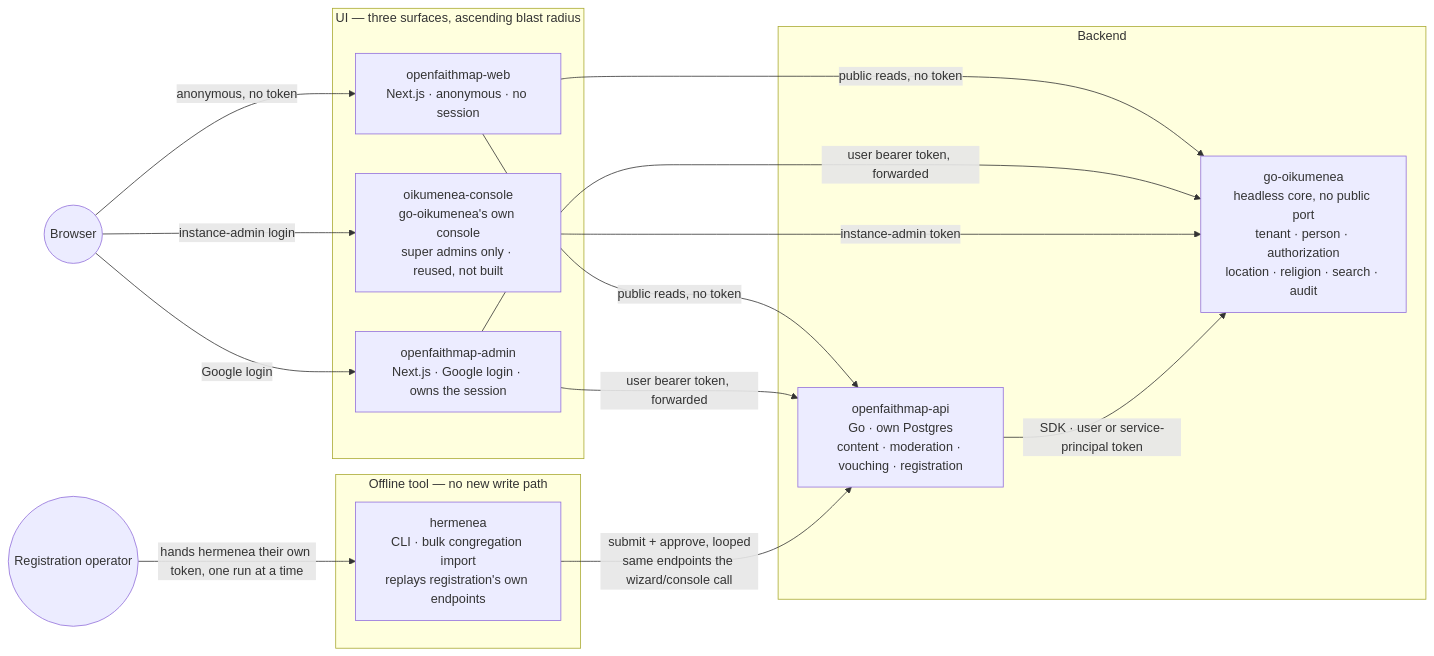
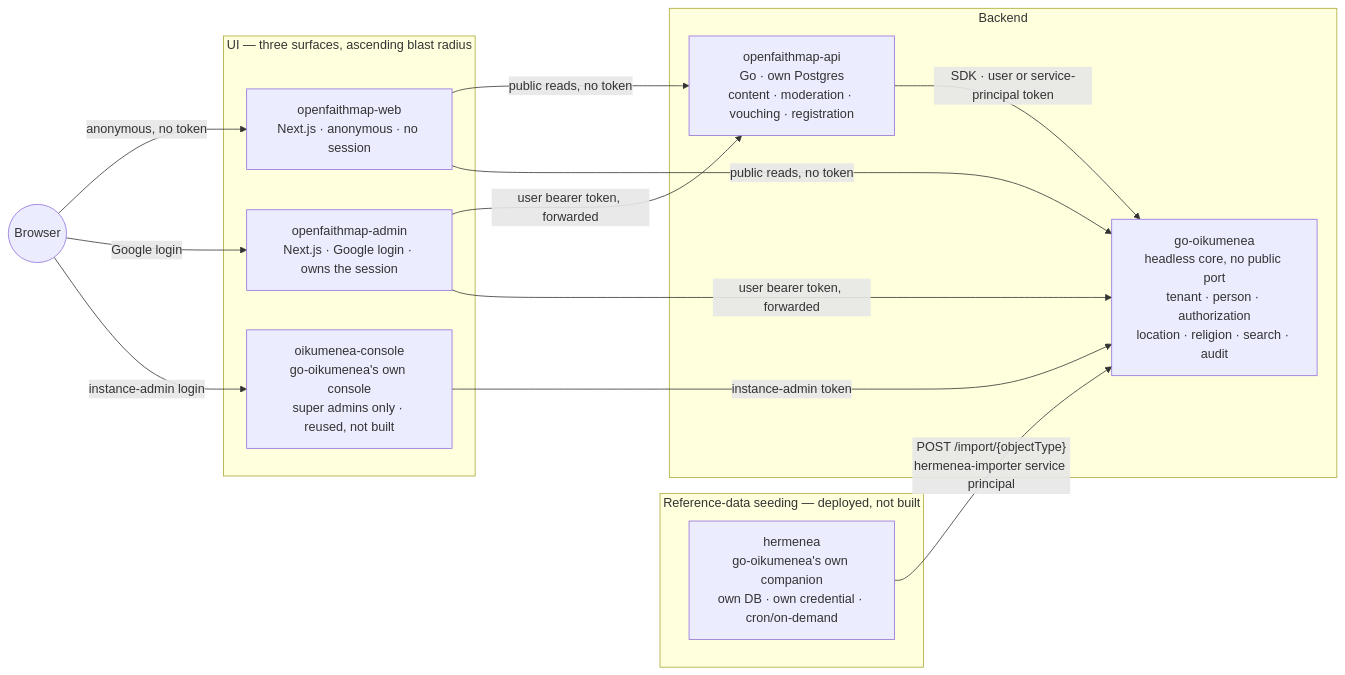
One commit to olehmushka/open-faith-map changed the diagram in docs/architecture/overview.md. Above: the diagram before and after it, drawn with Mermaid. The commit also changed other lines of this file and 8 other files, not shown here.

````diff
--- a/docs/architecture/overview.md
+++ b/docs/architecture/overview.md
@@ -11,32 +11,30 @@
 ```mermaid
 flowchart LR
     browser(("Browser"))
-    operator(("Registration operator"))
 
     subgraph ui["UI — three surfaces, ascending blast radius"]
         web["openfaithmap-web\nNext.js · anonymous · no session"]
         admin["openfaithmap-admin\nNext.js · Google login · owns the session"]
         console["oikumenea-console\ngo-oikumenea's own console\nsuper admins only · reused, not built"]
     end
 
-    subgraph tools["Offline tool — no new write path"]
-        hermenea["hermenea\nCLI · bulk congregation import\nreplays registration's own endpoints"]
+    subgraph reference["Reference-data seeding — deployed, not built"]
+        hermenea["hermenea\ngo-oikumenea's own companion\nown DB · own credential · cron/on-demand"]
     end
 
     subgraph backend["Backend"]
         api["openfaithmap-api\nGo · own Postgres\ncontent · moderation · vouching · registration"]
         core["go-oikumenea\nheadless core, no public port\ntenant · person · authorization\nlocation · religion · search · audit"]
     end
 
     browser -- "anonymous, no token" --> web
     browser -- "Google login" --> admin
     browser -- "instance-admin login" --> console
     web -- "public reads, no token" --> api
     web -- "public reads, no token" --> core
     admin -- "user bearer token, forwarded" --> api
     admin -- "user bearer token, forwarded" --> core
     console -- "instance-admin token" --> core
-    operator -- "hands hermenea their own token, one run at a time" --> hermenea
-    hermenea -- "submit + approve, looped\nsame endpoints the wizard/console call" --> api
+    hermenea -- "POST /import/{objectType}\nhermenea-importer service principal" --> core
     api -- "SDK · user or service-principal token" --> core
 ```
````
